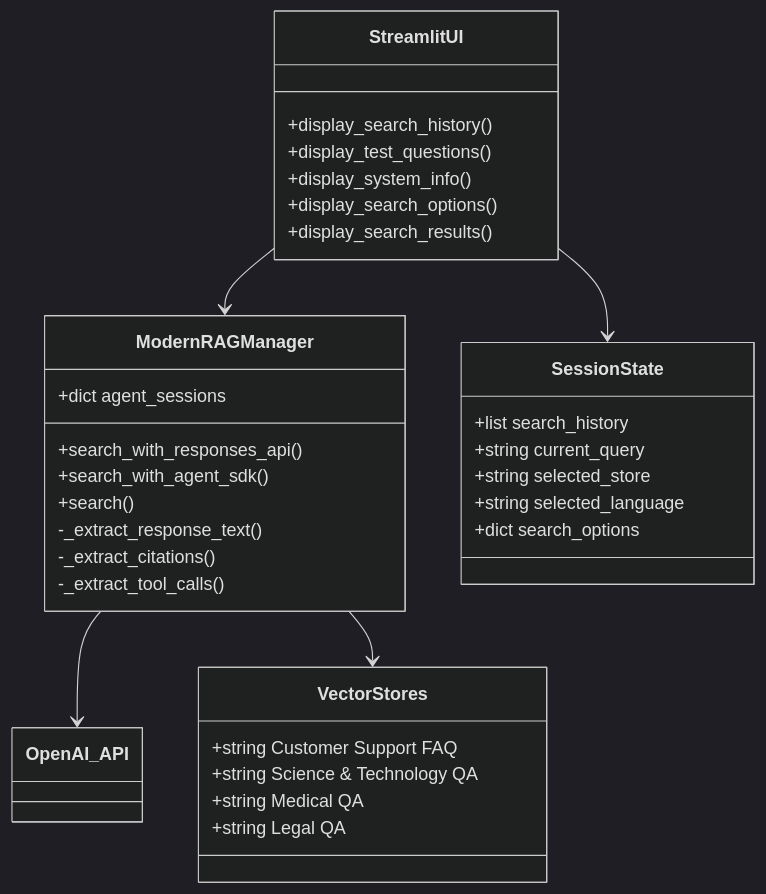
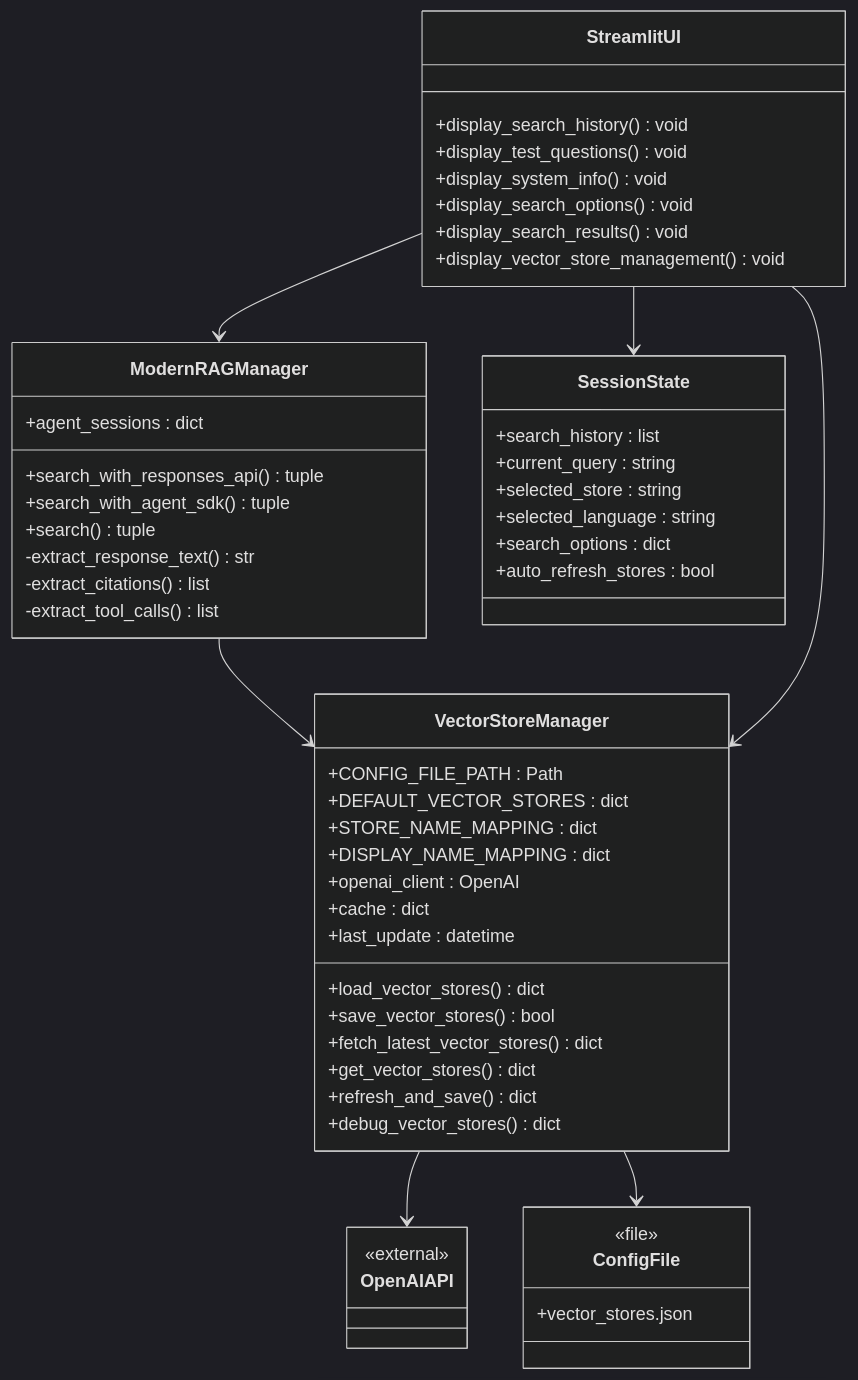
Before and after one commit to nakashima2toshio/openai_rag_app: the third of 15 diagrams in doc/a30_30_rag_search.md, drawn with Mermaid (dark theme). The commit also changed other lines of this file, not shown here.

````diff
--- a/doc/a30_30_rag_search.md
+++ b/doc/a30_30_rag_search.md
@@ -87,40 +93,62 @@
 ```mermaid
 classDiagram
+    class VectorStoreManager {
+        +CONFIG_FILE_PATH : Path
+        +DEFAULT_VECTOR_STORES : dict
+        +STORE_NAME_MAPPING : dict
+        +DISPLAY_NAME_MAPPING : dict
+        +openai_client : OpenAI
+        +cache : dict
+        +last_update : datetime
+        +load_vector_stores() dict
+        +save_vector_stores() bool
+        +fetch_latest_vector_stores() dict
+        +get_vector_stores() dict
+        +refresh_and_save() dict
+        +debug_vector_stores() dict
+    }
+
     class ModernRAGManager {
-        +dict agent_sessions
-        +search_with_responses_api()
-        +search_with_agent_sdk()
-        +search()
-        -_extract_response_text()
-        -_extract_citations()
-        -_extract_tool_calls()
+        +agent_sessions : dict
+        +search_with_responses_api() tuple
+        +search_with_agent_sdk() tuple
+        +search() tuple
+        -extract_response_text() str
+        -extract_citations() list
+        -extract_tool_calls() list
     }
-  
+
     class StreamlitUI {
-        +display_search_history()
-        +display_test_questions()
-        +display_system_info()
-        +display_search_options()
-        +display_search_results()
+        +display_search_history() void
+        +display_test_questions() void
+        +display_system_info() void
+        +display_search_options() void
+        +display_search_results() void
+        +display_vector_store_management() void
     }
-  
+
     class SessionState {
-        +list search_history
-        +string current_query
-        +string selected_store
-        +string selected_language
-        +dict search_options
+        +search_history : list
+        +current_query : string
+        +selected_store : string
+        +selected_language : string
+        +search_options : dict
+        +auto_refresh_stores : bool
     }
-  
-    class VectorStores {
-        +string Customer Support FAQ
-        +string Science & Technology QA
-        +string Medical QA
-        +string Legal QA
+
+    class OpenAIAPI {
+        <<external>>
     }
-  
-    ModernRAGManager --> OpenAI_API
+
+    class ConfigFile {
+        <<file>>
+        +vector_stores.json
+    }
+
+    VectorStoreManager --> OpenAIAPI
+    VectorStoreManager --> ConfigFile
+    ModernRAGManager --> VectorStoreManager
     StreamlitUI --> SessionState
-    ModernRAGManager --> VectorStores
+    StreamlitUI --> VectorStoreManager
     StreamlitUI --> ModernRAGManager
 ```
````
